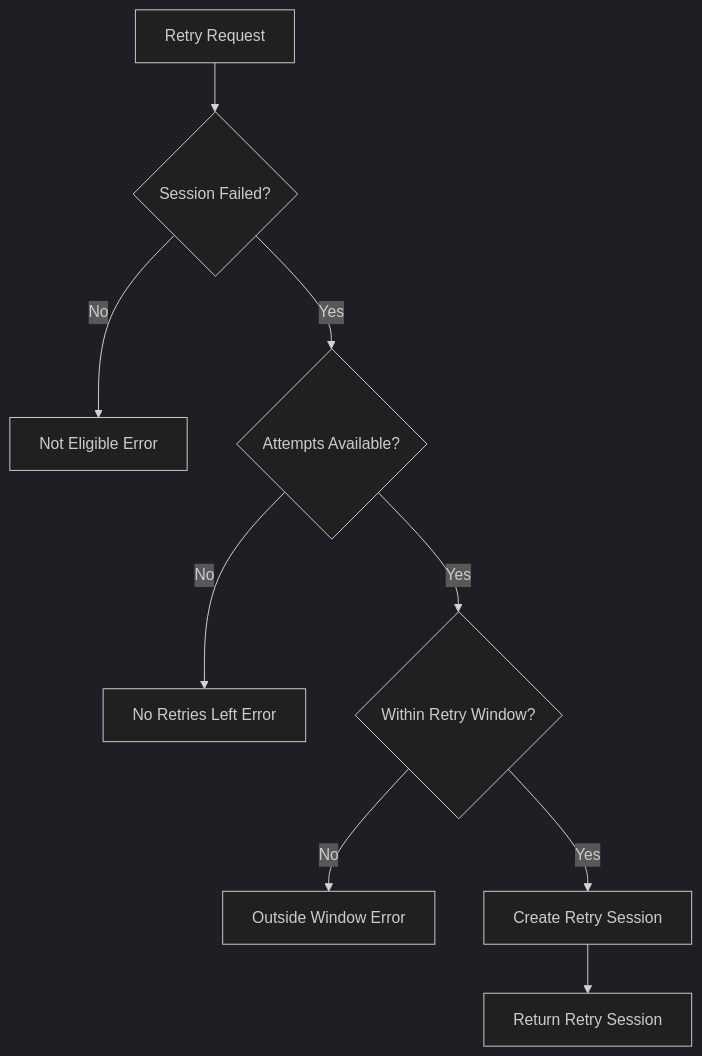
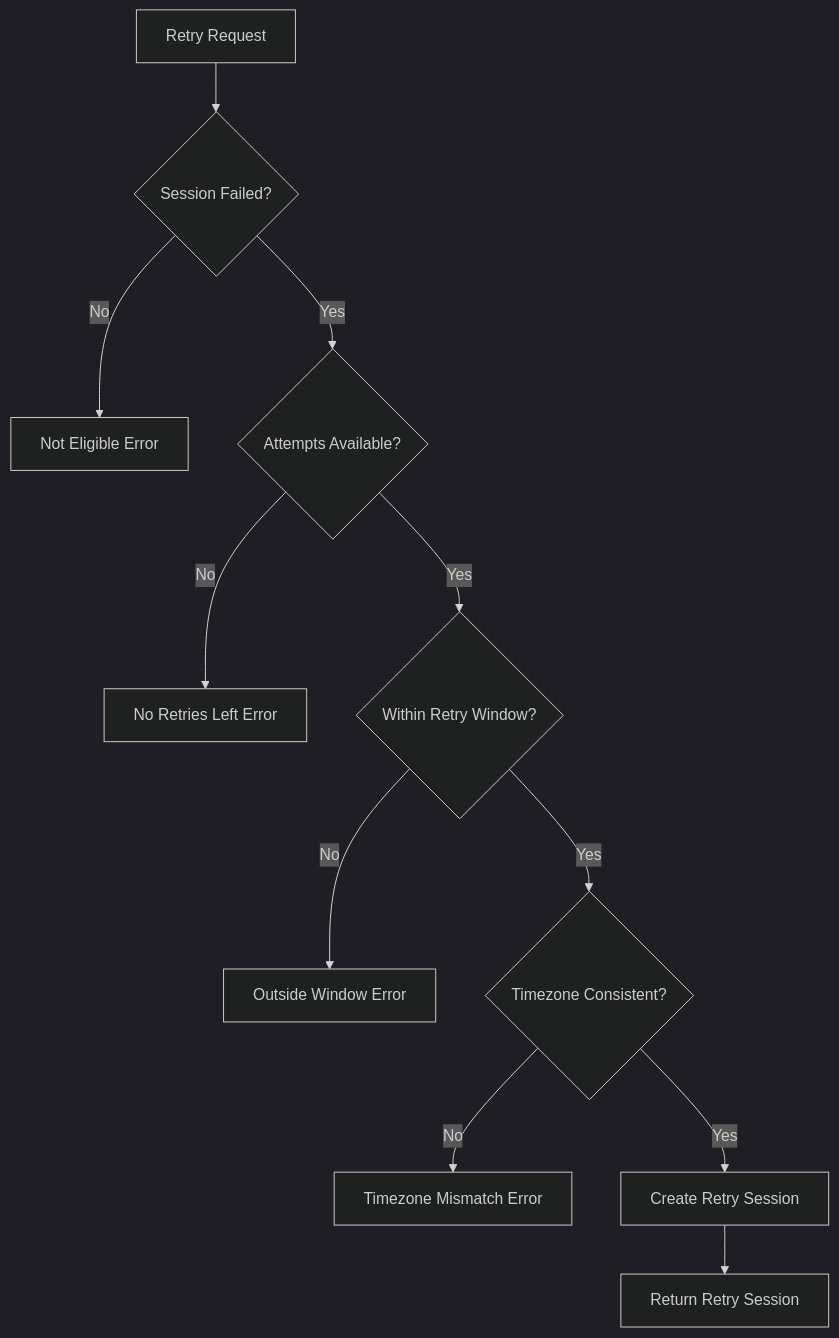
Before and after one commit to midearth-labs/fit-journey: the fourth of 5 diagrams in game/design/low-level/game-session-engine.md, drawn with Mermaid (dark theme). The commit also changed other lines of this file and 2 other files, not shown here.

````diff
--- a/game/design/low-level/game-session-engine.md
+++ b/game/design/low-level/game-session-engine.md
@@ -366,11 +424,13 @@
 ```mermaid
 flowchart TD
     A[Retry Request] --> B{Session Failed?}
     B -->|No| C[Not Eligible Error]
     B -->|Yes| D{Attempts Available?}
     D -->|No| E[No Retries Left Error]
     D -->|Yes| F{Within Retry Window?}
     F -->|No| G[Outside Window Error]
-    F -->|Yes| H[Create Retry Session]
-    H --> I[Return Retry Session]
+    F -->|Yes| H{Timezone Consistent?}
+    H -->|No| I[Timezone Mismatch Error]
+    H -->|Yes| J[Create Retry Session]
+    J --> K[Return Retry Session]
 ```
````
